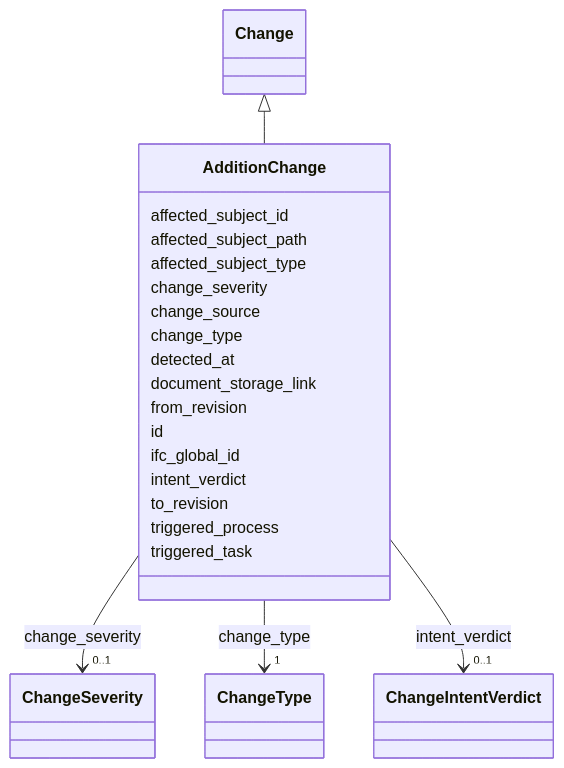
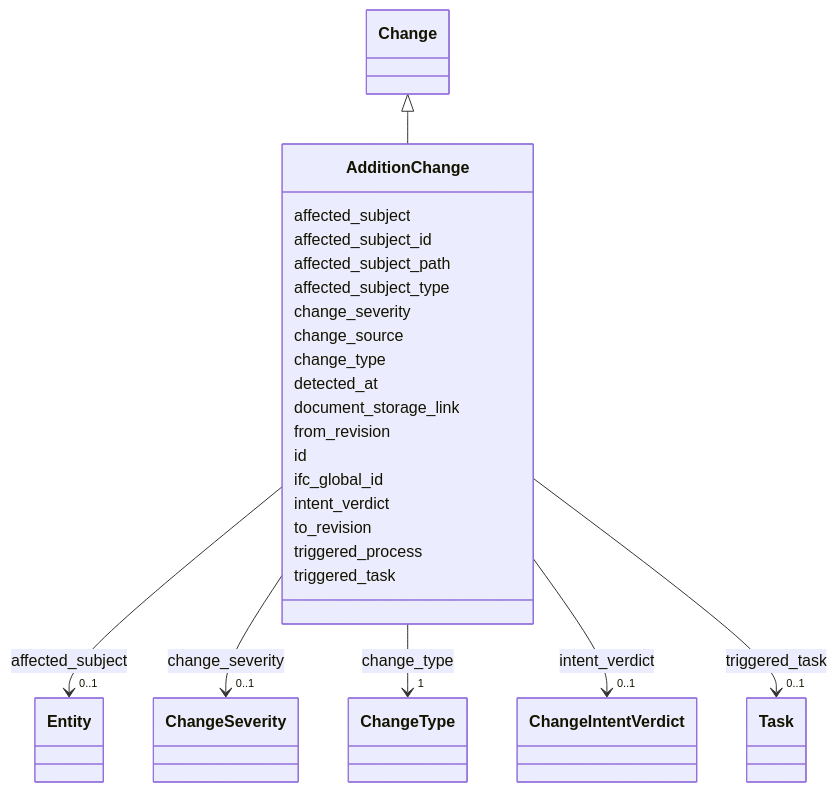
The diagram in latest/schema/.md-src/AdditionChange.md (simondilhas/pragmatic-bim-data-contract), drawn with Mermaid before and after one commit. The commit also changed other lines of this file and 1888 other files, not shown here.

````diff
--- a/latest/schema/.md-src/AdditionChange.md
+++ b/latest/schema/.md-src/AdditionChange.md
@@ -23,28 +23,33 @@
 ```mermaid
  classDiagram
     class AdditionChange
     click AdditionChange href "./AdditionChange.html"
       Change <|-- AdditionChange
         click Change href "./Change.html"
+      AdditionChange : affected_subject
+        AdditionChange --> "0..1" Entity : affected_subject
+        click Entity href "./Entity.html"
       AdditionChange : affected_subject_id
       AdditionChange : affected_subject_path
       AdditionChange : affected_subject_type
       AdditionChange : change_severity
         AdditionChange --> "0..1" ChangeSeverity : change_severity
         click ChangeSeverity href "./ChangeSeverity.html"
       AdditionChange : change_source
       AdditionChange : change_type
         AdditionChange --> "1" ChangeType : change_type
         click ChangeType href "./ChangeType.html"
       AdditionChange : detected_at
       AdditionChange : document_storage_link
       AdditionChange : from_revision
       AdditionChange : id
       AdditionChange : ifc_global_id
       AdditionChange : intent_verdict
         AdditionChange --> "0..1" ChangeIntentVerdict : intent_verdict
         click ChangeIntentVerdict href "./ChangeIntentVerdict.html"
       AdditionChange : to_revision
       AdditionChange : triggered_process
       AdditionChange : triggered_task
+        AdditionChange --> "0..1" Task : triggered_task
+        click Task href "./Task.html"
 ```
````
